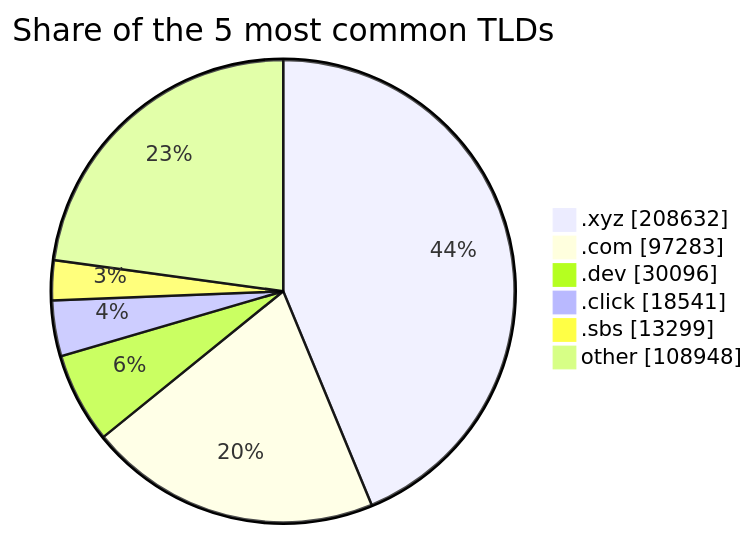
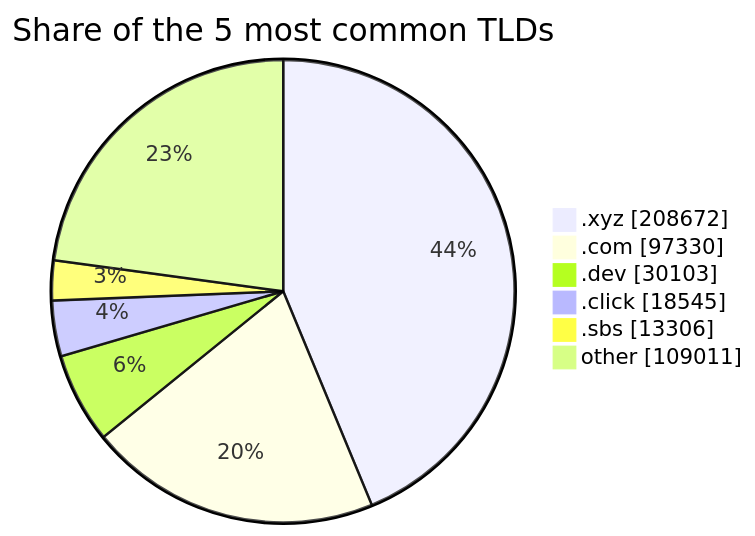
Before and after one commit to DNSBunker/CTI: the third of 3 diagrams in README.md, drawn with Mermaid. The commit also changed other lines of this file and 3 other files, not shown here.

````diff
--- a/README.md
+++ b/README.md
@@ -81,9 +81,9 @@
 ```mermaid
 pie showData title Share of the 5 most common TLDs
-    ".xyz" : 208632
-    ".com" : 97283
-    ".dev" : 30096
-    ".click" : 18541
-    ".sbs" : 13299
-    "other" : 108948
+    ".xyz" : 208672
+    ".com" : 97330
+    ".dev" : 30103
+    ".click" : 18545
+    ".sbs" : 13306
+    "other" : 109011
 ```
````
